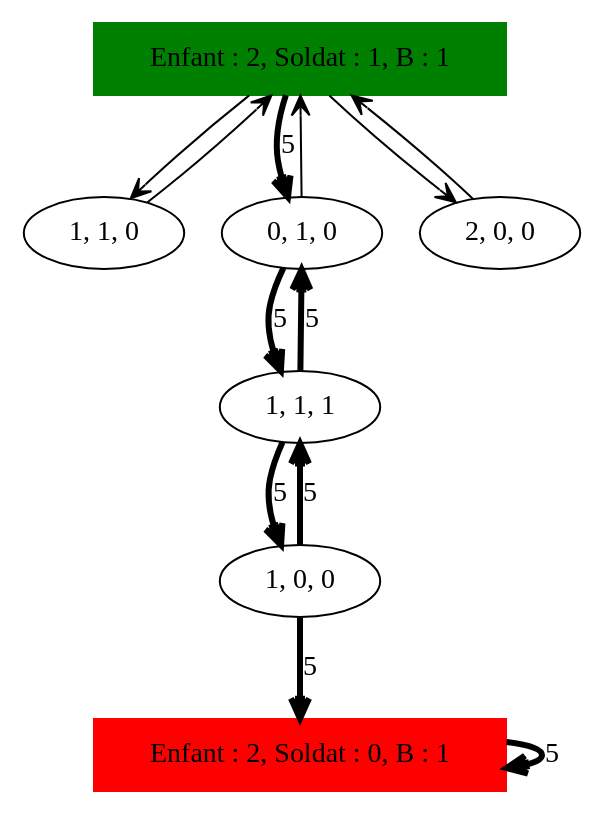
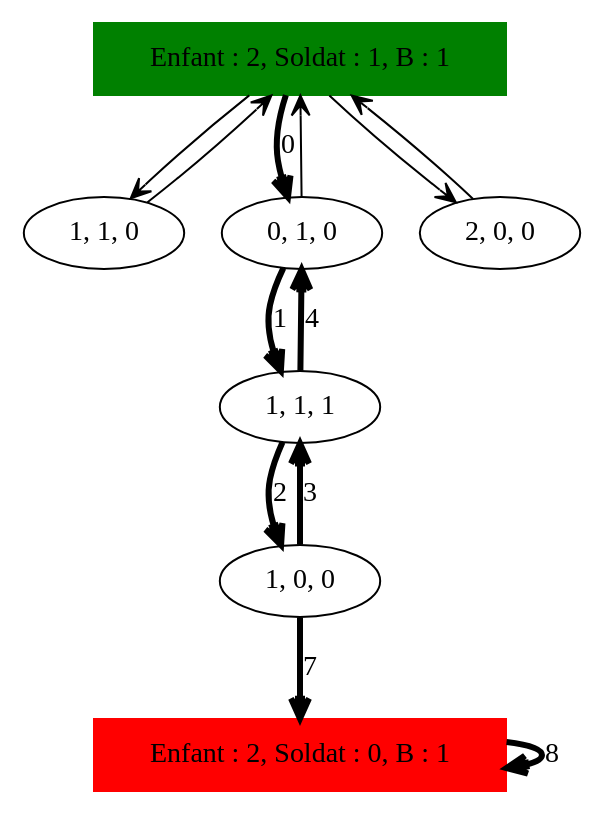
The diagram in Concept_IA_Ben_dhiab_Roblin/DOT/Soldat/Soldat_Sol_5.dot (samsoucoupe/concept-a-ia), drawn with Graphviz before and after one commit. The commit also changed 251 other files, not shown here.

```diff
--- a/Concept_IA_Ben_dhiab_Roblin/DOT/Soldat/Soldat_Sol_5.dot
+++ b/Concept_IA_Ben_dhiab_Roblin/DOT/Soldat/Soldat_Sol_5.dot
@@ -1,16 +1,16 @@
 digraph Soldat_Sol_ {
 	initial [label="Enfant : 2, Soldat : 1, B : 1" color=green shape=box style=filled]
 	final [label="Enfant : 2, Soldat : 0, B : 1" color=red shape=box style=filled]
 	initial -> "1, 1, 0" [arrowhead=open]
-	initial -> "0, 1, 0" [label=5 arrowhead=open penwidth=3]
+	initial -> "0, 1, 0" [label=0 arrowhead=open penwidth=3]
 	initial -> "2, 0, 0" [arrowhead=open]
 	"2, 0, 0" -> initial [arrowhead=open]
-	"0, 1, 0" -> "1, 1, 1" [label=5 arrowhead=open penwidth=3]
+	"0, 1, 0" -> "1, 1, 1" [label=1 arrowhead=open penwidth=3]
 	"0, 1, 0" -> initial [arrowhead=open]
-	"1, 1, 1" -> "0, 1, 0" [label=5 arrowhead=open penwidth=3]
-	"1, 1, 1" -> "1, 0, 0" [label=5 arrowhead=open penwidth=3]
-	"1, 0, 0" -> final [label=5 arrowhead=open penwidth=3]
-	"1, 0, 0" -> "1, 1, 1" [label=5 arrowhead=open penwidth=3]
-	final -> final [label=5 arrowhead=open penwidth=3]
+	"1, 1, 1" -> "0, 1, 0" [label=4 arrowhead=open penwidth=3]
+	"1, 1, 1" -> "1, 0, 0" [label=2 arrowhead=open penwidth=3]
+	"1, 0, 0" -> final [label=7 arrowhead=open penwidth=3]
+	"1, 0, 0" -> "1, 1, 1" [label=3 arrowhead=open penwidth=3]
+	final -> final [label=8 arrowhead=open penwidth=3]
 	"1, 1, 0" -> initial [arrowhead=open]
 }
```
